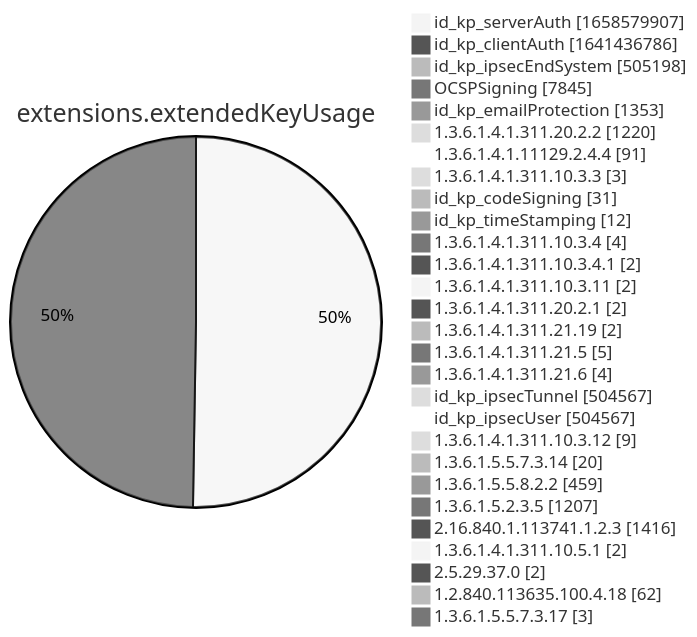
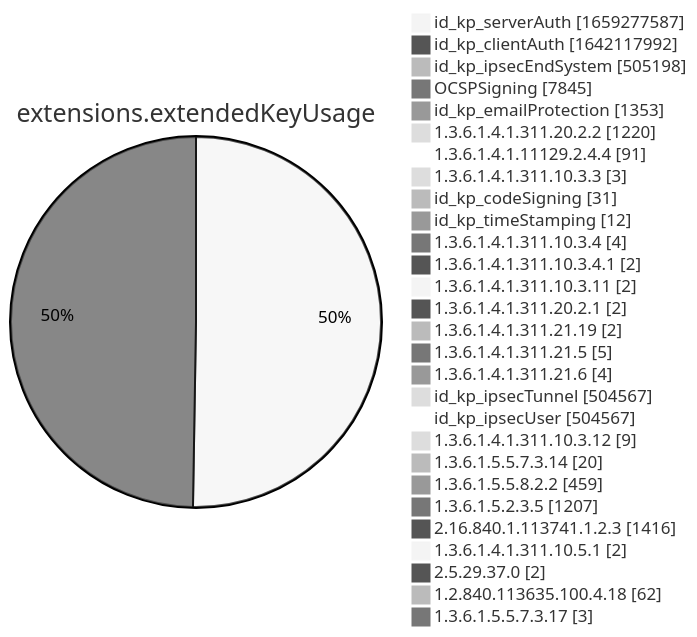
Diagram 12 of 15 in xenon2022/README.md (christiankrug/ctmonitor_visualization), drawn with Mermaid (neutral theme) before and after one commit. The commit also changed other lines of this file, not shown here.

````diff
--- a/xenon2022/README.md
+++ b/xenon2022/README.md
@@ -3886,32 +3887,32 @@
 ```mermaid
 pie showData
 title extensions.extendedKeyUsage
-"id_kp_serverAuth" :1658579907
-"id_kp_clientAuth" :1641436786
+"id_kp_serverAuth" :1659277587
+"id_kp_clientAuth" :1642117992
 "id_kp_ipsecEndSystem" :505198
 "OCSPSigning" :7845
 "id_kp_emailProtection" :1353
 "1.3.6.1.4.1.311.20.2.2" :1220
 "1.3.6.1.4.1.11129.2.4.4" :91
 "1.3.6.1.4.1.311.10.3.3" :3
 "id_kp_codeSigning" :31
 "id_kp_timeStamping" :12
 "1.3.6.1.4.1.311.10.3.4" :4
 "1.3.6.1.4.1.311.10.3.4.1" :2
 "1.3.6.1.4.1.311.10.3.11" :2
 "1.3.6.1.4.1.311.20.2.1" :2
 "1.3.6.1.4.1.311.21.19" :2
 "1.3.6.1.4.1.311.21.5" :5
 "1.3.6.1.4.1.311.21.6" :4
 "id_kp_ipsecTunnel" :504567
 "id_kp_ipsecUser" :504567
 "1.3.6.1.4.1.311.10.3.12" :9
 "1.3.6.1.5.5.7.3.14" :20
 "1.3.6.1.5.5.8.2.2" :459
 "1.3.6.1.5.2.3.5" :1207
 "2.16.840.1.113741.1.2.3" :1416
 "1.3.6.1.4.1.311.10.5.1" :2
 "2.5.29.37.0" :2
 "1.2.840.113635.100.4.18" :62
 "1.3.6.1.5.5.7.3.17" :3
 ```
````
